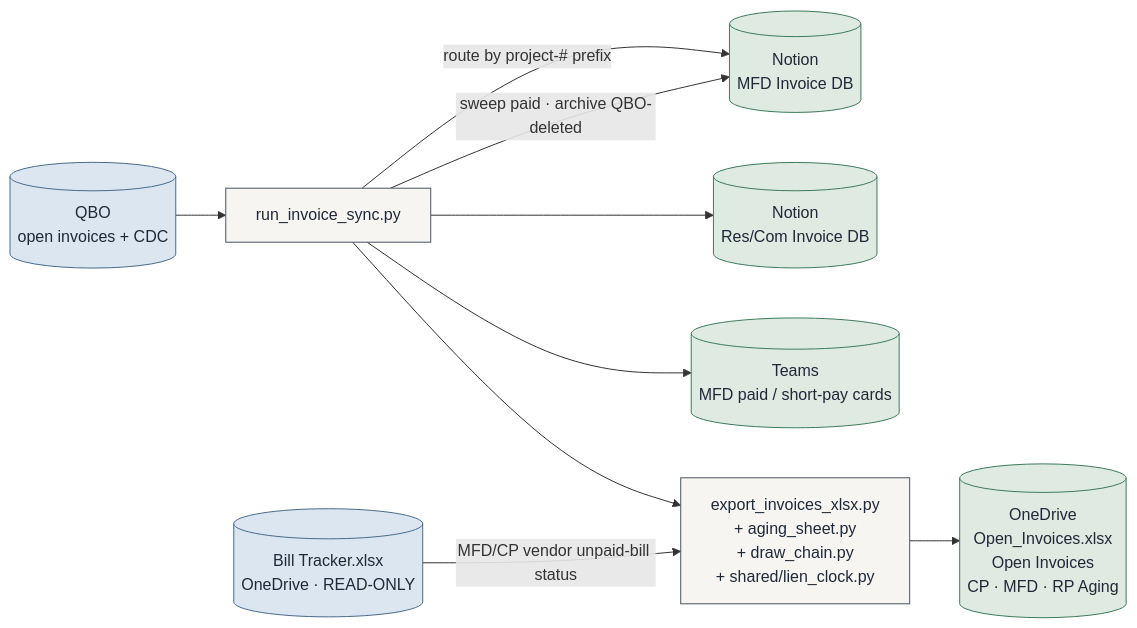
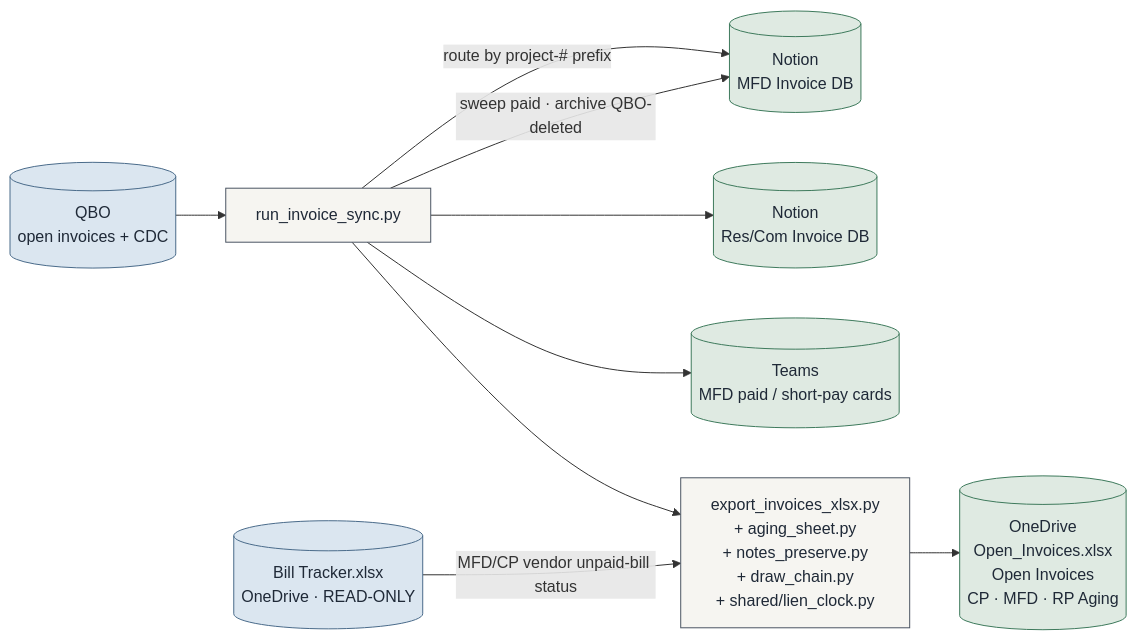
One commit to Ecarlo-Proficient/Claude-Report changed the first of 6 diagrams in docs/ARCHITECTURE.md. Above: the diagram before and after it, drawn with Mermaid. The commit also changed other lines of this file and 11 other files, not shown here.

First line of the commit message:
invoice-sync: company-scoped QBO links, aging Open/Total bar, Notes as two-way status

````diff
--- a/docs/ARCHITECTURE.md
+++ b/docs/ARCHITECTURE.md
@@ -80,23 +80,23 @@
 ```mermaid
 flowchart LR
     classDef src fill:#dbe6f0,stroke:#4A6B8A,color:#1f2937
     classDef tool fill:#f6f5f1,stroke:#4b5563,color:#1f2937
     classDef out fill:#dfeae2,stroke:#3E7A5C,color:#1f2937
 
     QBO[("QBO\nopen invoices + CDC")]:::src
     SYNC["run_invoice_sync.py"]:::tool
     MFD[("Notion\nMFD Invoice DB")]:::out
     RES[("Notion\nRes/Com Invoice DB")]:::out
     TEAMS[("Teams\nMFD paid / short-pay cards")]:::out
-    XL["export_invoices_xlsx.py\n+ aging_sheet.py\n+ draw_chain.py\n+ shared/lien_clock.py"]:::tool
+    XL["export_invoices_xlsx.py\n+ aging_sheet.py\n+ notes_preserve.py\n+ draw_chain.py\n+ shared/lien_clock.py"]:::tool
     BTX[("Bill Tracker.xlsx\nOneDrive · READ-ONLY")]:::src
     OD[("OneDrive\nOpen_Invoices.xlsx\nOpen Invoices\nCP · MFD · RP Aging")]:::out
 
     QBO --> SYNC
     SYNC -- "route by project-# prefix" --> MFD
     SYNC --> RES
     SYNC -- "sweep paid · archive QBO-deleted" --> MFD
     SYNC --> TEAMS
     SYNC --> XL --> OD
     BTX -- "MFD/CP vendor unpaid-bill status" --> XL
 ```
````
